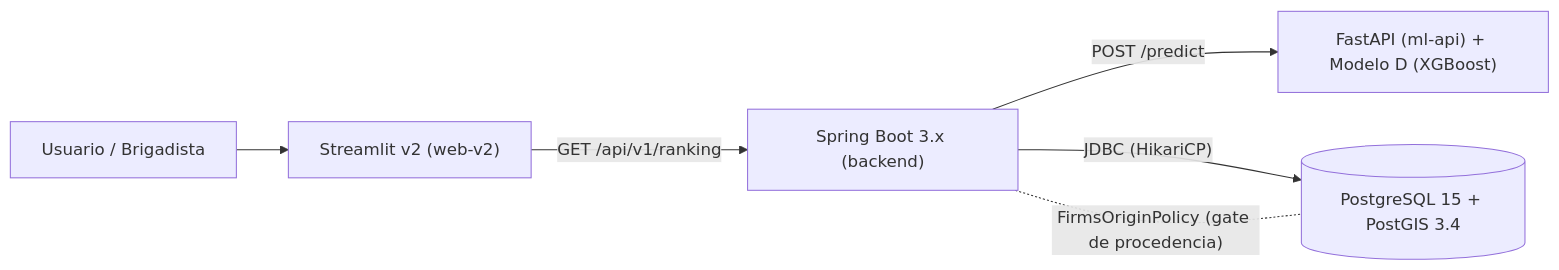
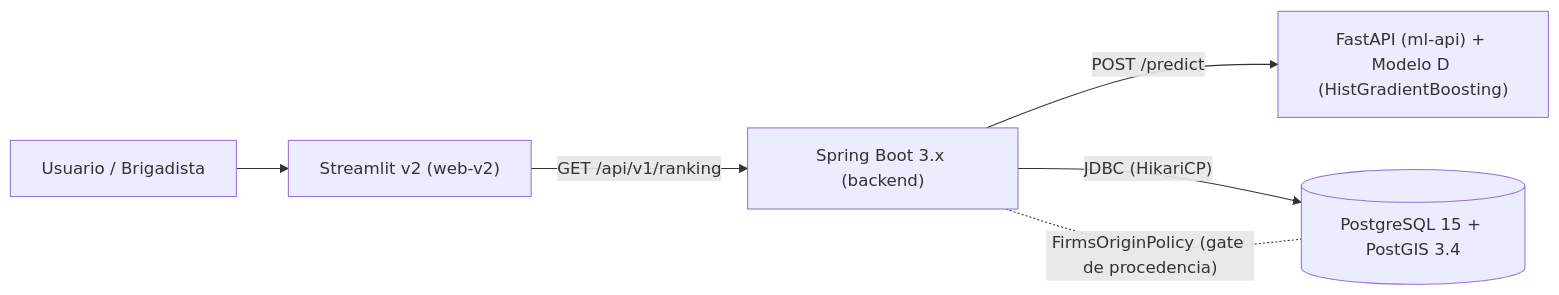
Before and after one commit to DanielCortezF002/S.A.P.I-Sistema-de-Prediccion-de-Incendios: the first of 2 diagrams in docs/hito2/INFORME_HITO2_FINAL.md, drawn with Mermaid. The commit also changed other lines of this file and 1 other file, not shown here.

Commit message:
docs(hito2): rectificar identificacion de Modelo D a HistGradientBoostingClassifier

````diff
--- a/docs/hito2/INFORME_HITO2_FINAL.md
+++ b/docs/hito2/INFORME_HITO2_FINAL.md
@@ -152,8 +152,8 @@
 ```mermaid
 flowchart LR
     U[Usuario / Brigadista] --> ST["Streamlit v2 (web-v2)"]
     ST -->|"GET /api/v1/ranking"| BE["Spring Boot 3.x (backend)"]
-    BE -->|"POST /predict"| ML["FastAPI (ml-api) + Modelo D (XGBoost)"]
+    BE -->|"POST /predict"| ML["FastAPI (ml-api) + Modelo D (HistGradientBoosting)"]
     BE -->|"JDBC (HikariCP)"| DB[("PostgreSQL 15 + PostGIS 3.4")]
     BE -. "FirmsOriginPolicy (gate de procedencia)" .- DB
 ```
````
